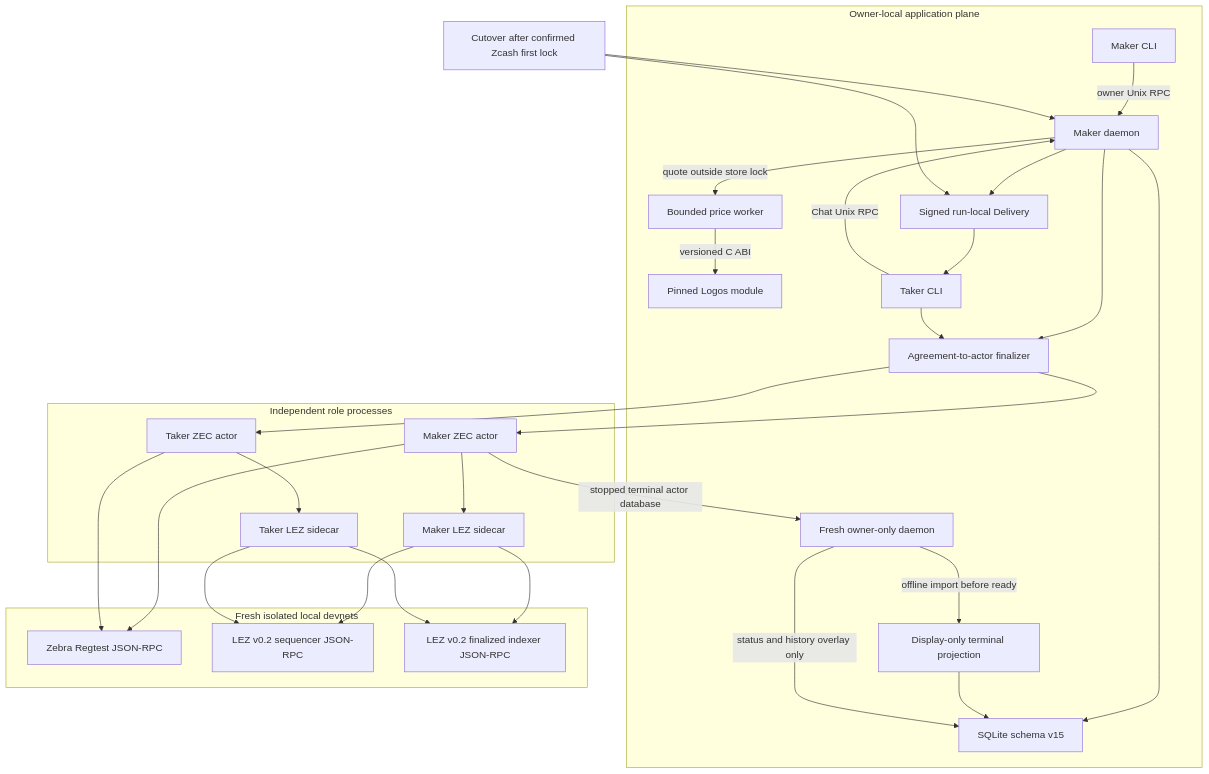
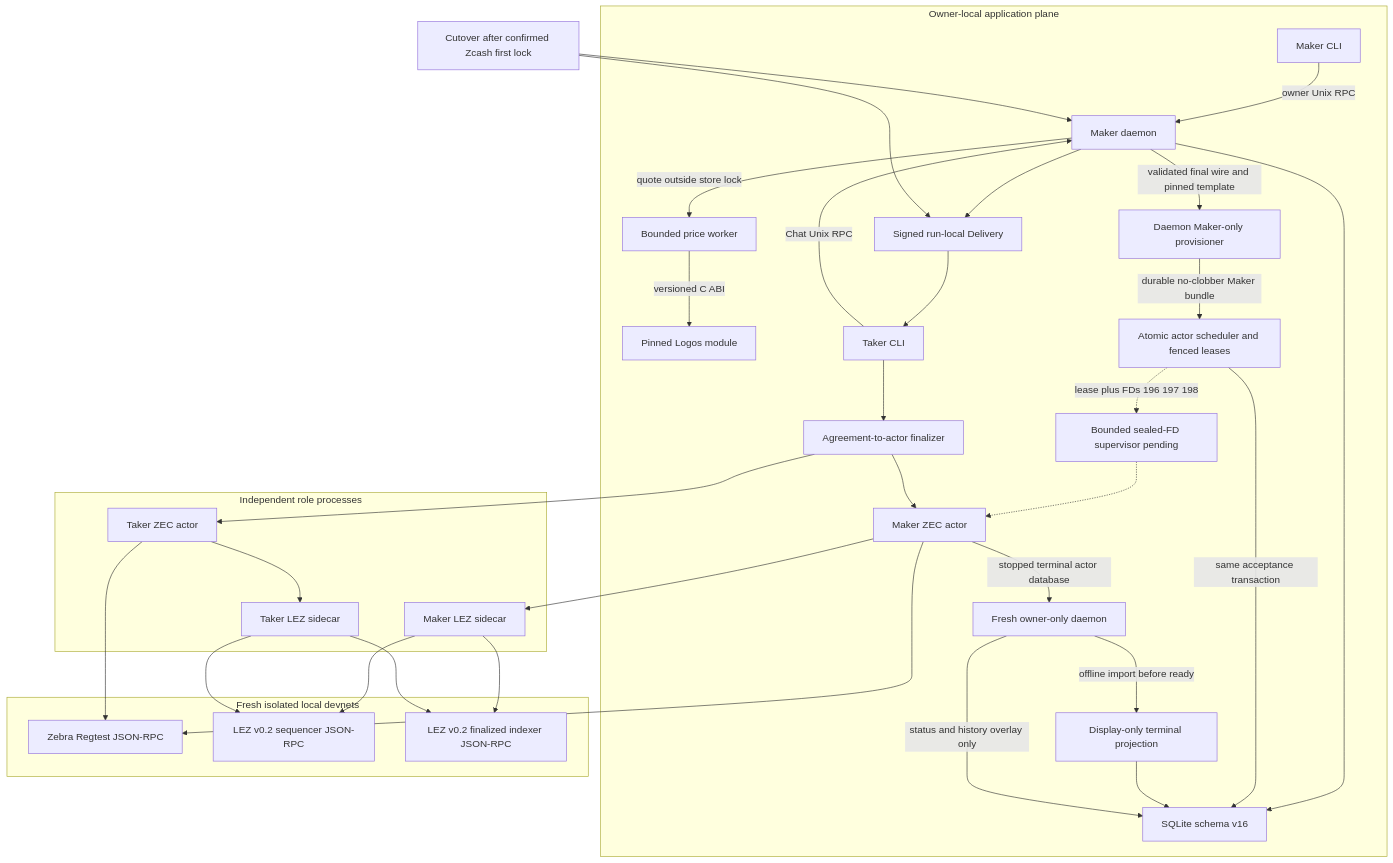
One commit to gateway-fm/lez-atomic-swaps changed the ninth of 18 diagrams in docs/architecture/deployment-components-and-rpcs.md. Above: the diagram before and after it, drawn with Mermaid. The commit also changed 19 other files, not shown here.

````diff
--- a/docs/architecture/deployment-components-and-rpcs.md
+++ b/docs/architecture/deployment-components-and-rpcs.md
@@ -804,54 +804,61 @@
 ```mermaid
 flowchart TB
     subgraph App[Owner-local application plane]
         MakerCli[Maker CLI]
         Daemon[Maker daemon]
-        Store[SQLite schema v15]
+        Store[SQLite schema v16]
         TerminalView[Display-only terminal projection]
         TerminalDaemon[Fresh owner-only daemon]
         PriceWorker[Bounded price worker]
         PriceModule[Pinned Logos module]
         Delivery[Signed run-local Delivery]
         TakerCli[Taker CLI]
         Finalizer[Agreement-to-actor finalizer]
+        Provisioner[Daemon Maker-only provisioner]
+        Scheduler[Atomic actor scheduler and fenced leases]
+        Supervisor[Bounded sealed-FD supervisor pending]
         MakerCli -->|owner Unix RPC| Daemon
         Daemon --> Store
         Daemon --> Delivery
         Delivery --> TakerCli
         TakerCli -->|Chat Unix RPC| Daemon
         Daemon -->|quote outside store lock| PriceWorker
         PriceWorker -->|versioned C ABI| PriceModule
-        Daemon --> Finalizer
+        Daemon -->|validated final wire and pinned template| Provisioner
+        Provisioner -->|durable no-clobber Maker bundle| Scheduler
+        Scheduler -->|same acceptance transaction| Store
+        Scheduler -.->|lease plus FDs 196 197 198| Supervisor
+        Supervisor -.-> MakerActor
         TakerCli --> Finalizer
         TerminalDaemon -->|offline import before ready| TerminalView
         TerminalView --> Store
         TerminalDaemon -->|status and history overlay only| Store
     end
 
     subgraph Roles[Independent role processes]
         MakerActor[Maker ZEC actor]
         TakerActor[Taker ZEC actor]
         MakerSidecar[Maker LEZ sidecar]
         TakerSidecar[Taker LEZ sidecar]
         Finalizer --> MakerActor
         Finalizer --> TakerActor
         MakerActor --> MakerSidecar
         TakerActor --> TakerSidecar
         MakerActor -->|stopped terminal actor database| TerminalDaemon
     end
 
     subgraph Nodes[Fresh isolated local devnets]
         Zebra[Zebra Regtest JSON-RPC]
         Sequencer[LEZ v0.2 sequencer JSON-RPC]
         Indexer[LEZ v0.2 finalized indexer JSON-RPC]
     end
 
     MakerActor --> Zebra
     TakerActor --> Zebra
     MakerSidecar --> Sequencer
     MakerSidecar --> Indexer
     TakerSidecar --> Sequencer
     TakerSidecar --> Indexer
     Cutover[Cutover after confirmed Zcash first lock] --> Daemon
     Cutover --> Delivery
 ```
````
